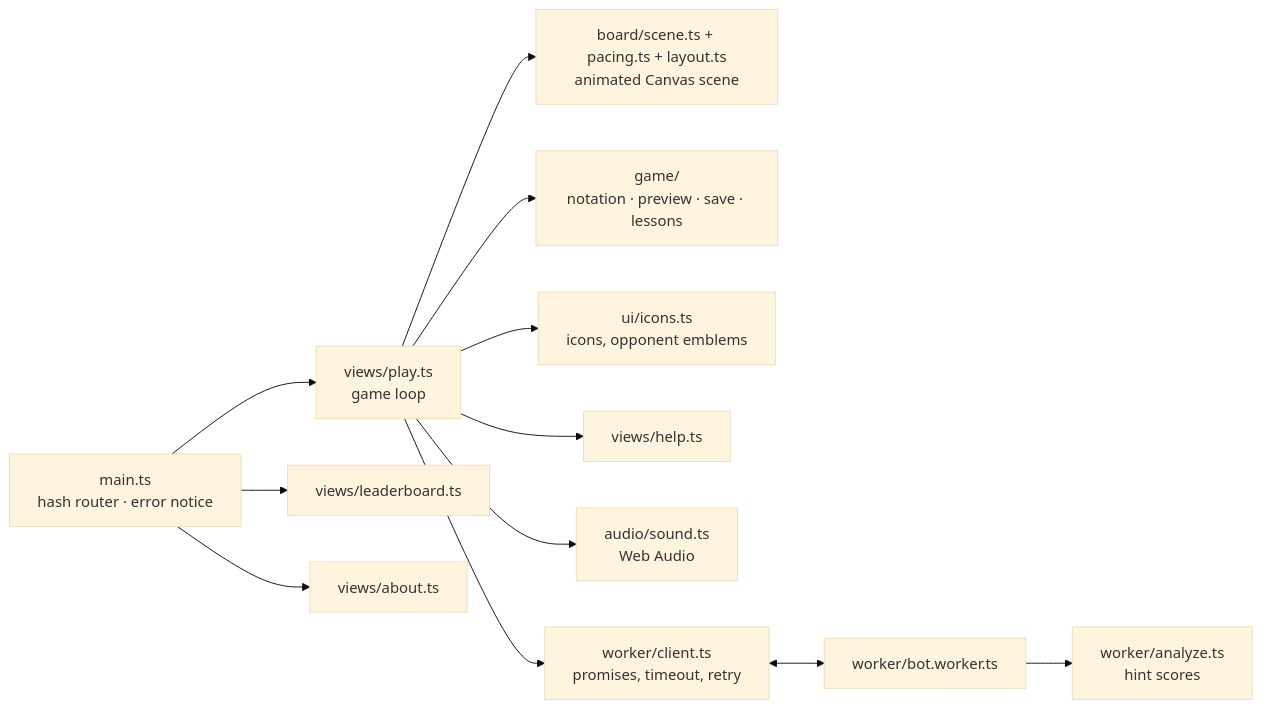
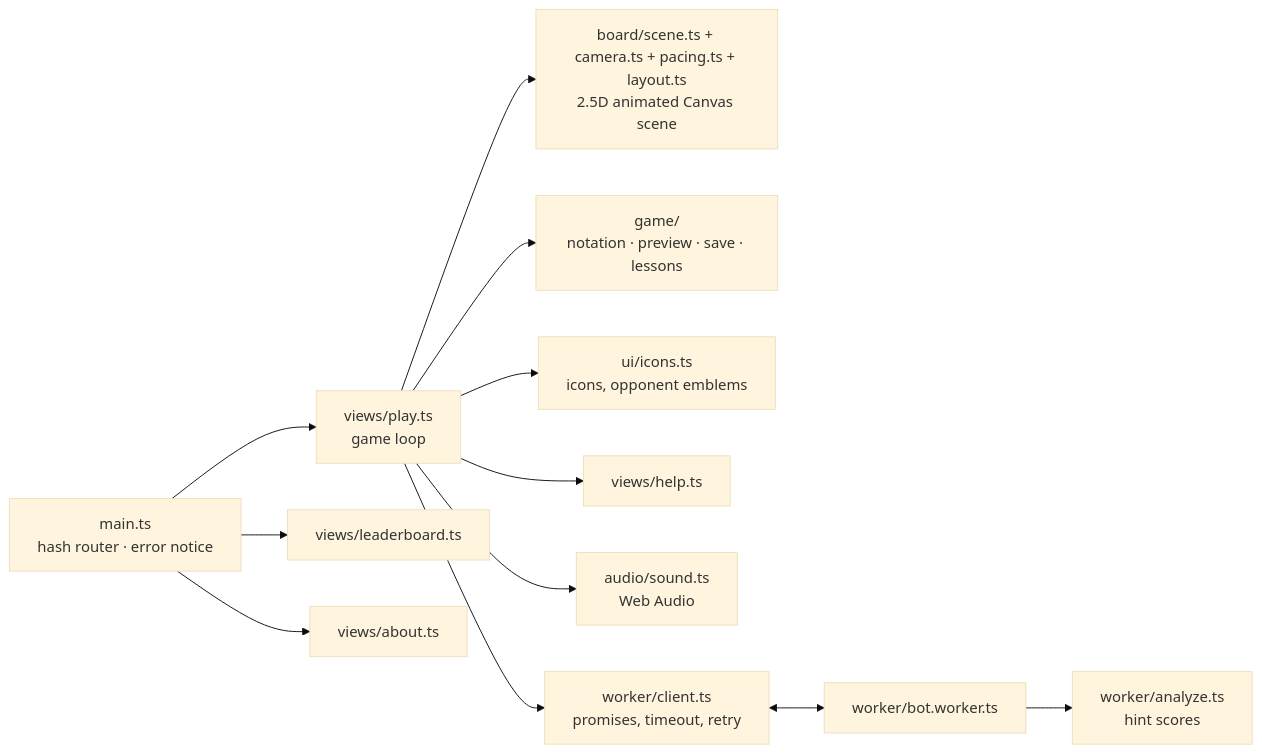
Before and after one commit to robertgeraldsenasin/hasik: the fourth of 8 diagrams in docs/ARCHITECTURE.md, drawn with Mermaid (base theme). The commit also changed other lines of this file and 16 other files, not shown here.

First line of the commit message:
feat(web): 2.5D board with a perspective camera, and a flat view toggle

````diff
--- a/docs/ARCHITECTURE.md
+++ b/docs/ARCHITECTURE.md
@@ -89,14 +89,14 @@
 ```mermaid
 flowchart LR
   main[main.ts<br/>hash router · error notice] --> play[views/play.ts<br/>game loop]
   main --> lb[views/leaderboard.ts]
   main --> about[views/about.ts]
-  play --> board[board/scene.ts + pacing.ts + layout.ts<br/>animated Canvas scene]
+  play --> board[board/scene.ts + camera.ts + pacing.ts + layout.ts<br/>2.5D animated Canvas scene]
   play --> game[game/<br/>notation · preview · save · lessons]
   play --> ui[ui/icons.ts<br/>icons, opponent emblems]
   play --> help[views/help.ts]
   play --> audio[audio/sound.ts<br/>Web Audio]
   play --> client[worker/client.ts<br/>promises, timeout, retry]
   client <--> worker[worker/bot.worker.ts]
   worker --> analyze[worker/analyze.ts<br/>hint scores]
 ```
````
